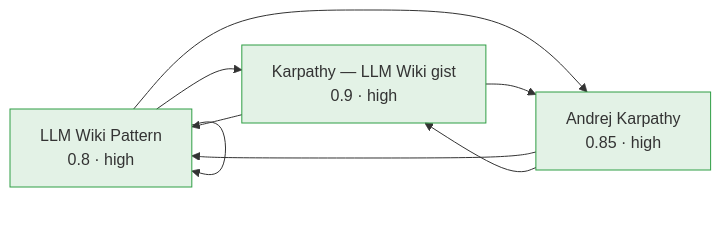
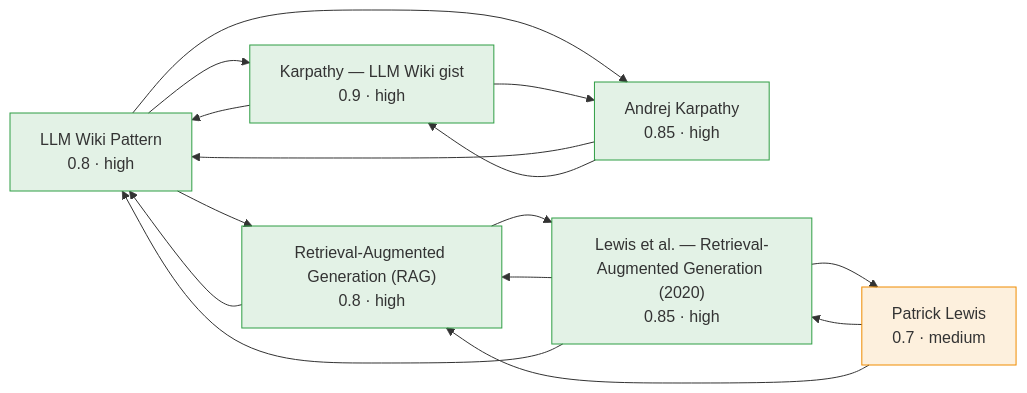
The diagram in .asdlc/knowledge/wiki/index.md (jvanheerikhuize/asdlc-knowledge), drawn with Mermaid before and after one commit. The commit also changed 8 other files, not shown here.

````diff
--- a/.asdlc/knowledge/wiki/index.md
+++ b/.asdlc/knowledge/wiki/index.md
@@ -9,16 +9,29 @@
 ```mermaid
 graph LR
   llm_wiki_pattern["LLM Wiki Pattern<br/>0.8 · high"]
   style llm_wiki_pattern fill:#2f9e4422,stroke:#2f9e44
+  retrieval_augmented_generation["Retrieval-Augmented Generation (RAG)<br/>0.8 · high"]
+  style retrieval_augmented_generation fill:#2f9e4422,stroke:#2f9e44
   andrej_karpathy["Andrej Karpathy<br/>0.85 · high"]
   style andrej_karpathy fill:#2f9e4422,stroke:#2f9e44
+  patrick_lewis["Patrick Lewis<br/>0.7 · medium"]
+  style patrick_lewis fill:#f08c0022,stroke:#f08c00
   karpathy_llm_wiki["Karpathy — LLM Wiki gist<br/>0.9 · high"]
   style karpathy_llm_wiki fill:#2f9e4422,stroke:#2f9e44
+  rag_lewis_2020["Lewis et al. — Retrieval-Augmented Generation (2020)<br/>0.85 · high"]
+  style rag_lewis_2020 fill:#2f9e4422,stroke:#2f9e44
+  llm_wiki_pattern --> retrieval_augmented_generation
   llm_wiki_pattern --> karpathy_llm_wiki
   llm_wiki_pattern --> andrej_karpathy
-  llm_wiki_pattern --> llm_wiki_pattern
+  retrieval_augmented_generation --> rag_lewis_2020
+  retrieval_augmented_generation --> llm_wiki_pattern
   andrej_karpathy --> llm_wiki_pattern
   andrej_karpathy --> karpathy_llm_wiki
+  patrick_lewis --> rag_lewis_2020
+  patrick_lewis --> retrieval_augmented_generation
   karpathy_llm_wiki --> andrej_karpathy
   karpathy_llm_wiki --> llm_wiki_pattern
+  rag_lewis_2020 --> retrieval_augmented_generation
+  rag_lewis_2020 --> patrick_lewis
+  rag_lewis_2020 --> llm_wiki_pattern
 ```
````
